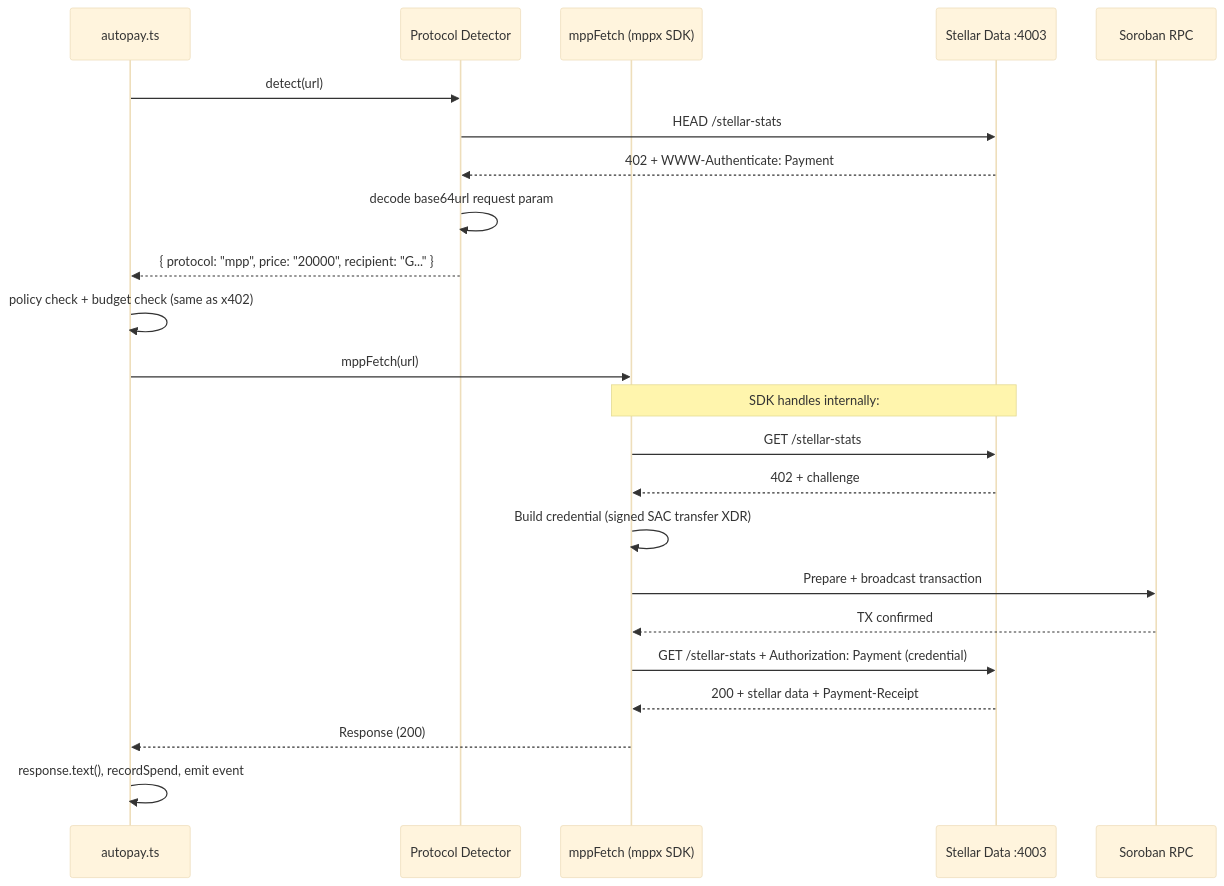
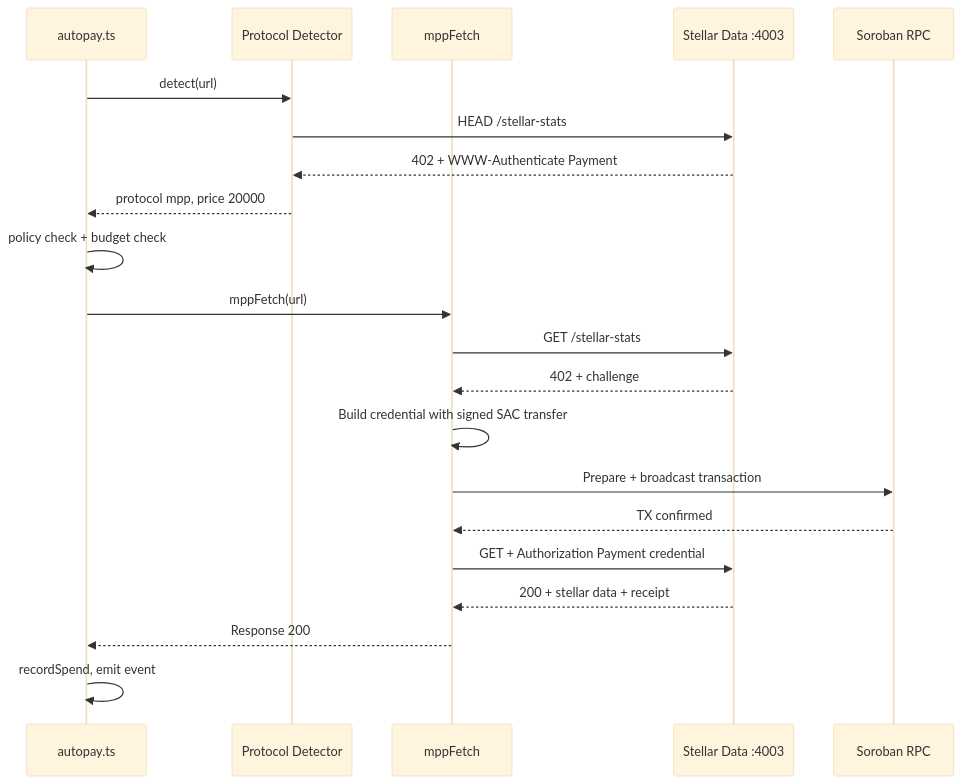
Before and after one commit to Andy00L/x402-autopilot: the third of 7 diagrams in ARCHITECTURE.md, drawn with Mermaid (base theme). The commit also changed other lines of this file and 7 other files, not shown here.

````diff
--- a/ARCHITECTURE.md
+++ b/ARCHITECTURE.md
@@ -177,29 +120,27 @@
 ```mermaid
 sequenceDiagram
     participant AP as autopay.ts
     participant PD as Protocol Detector
-    participant MPP as mppFetch (mppx SDK)
+    participant MPP as mppFetch
     participant API as Stellar Data :4003
     participant RPC as Soroban RPC
 
     AP->>PD: detect(url)
     PD->>API: HEAD /stellar-stats
-    API-->>PD: 402 + WWW-Authenticate: Payment
-    PD->>PD: decode base64url request param
-    PD-->>AP: { protocol: "mpp", price: "20000", recipient: "G..." }
+    API-->>PD: 402 + WWW-Authenticate Payment
+    PD-->>AP: protocol mpp, price 20000
 
-    AP->>AP: policy check + budget check (same as x402)
+    AP->>AP: policy check + budget check
 
     AP->>MPP: mppFetch(url)
-    Note over MPP,API: SDK handles internally:
     MPP->>API: GET /stellar-stats
     API-->>MPP: 402 + challenge
-    MPP->>MPP: Build credential (signed SAC transfer XDR)
+    MPP->>MPP: Build credential with signed SAC transfer
     MPP->>RPC: Prepare + broadcast transaction
     RPC-->>MPP: TX confirmed
-    MPP->>API: GET /stellar-stats + Authorization: Payment (credential)
-    API-->>MPP: 200 + stellar data + Payment-Receipt
-    MPP-->>AP: Response (200)
+    MPP->>API: GET + Authorization Payment credential
+    API-->>MPP: 200 + stellar data + receipt
+    MPP-->>AP: Response 200
 
-    AP->>AP: response.text(), recordSpend, emit event
+    AP->>AP: recordSpend, emit event
 ```
````
